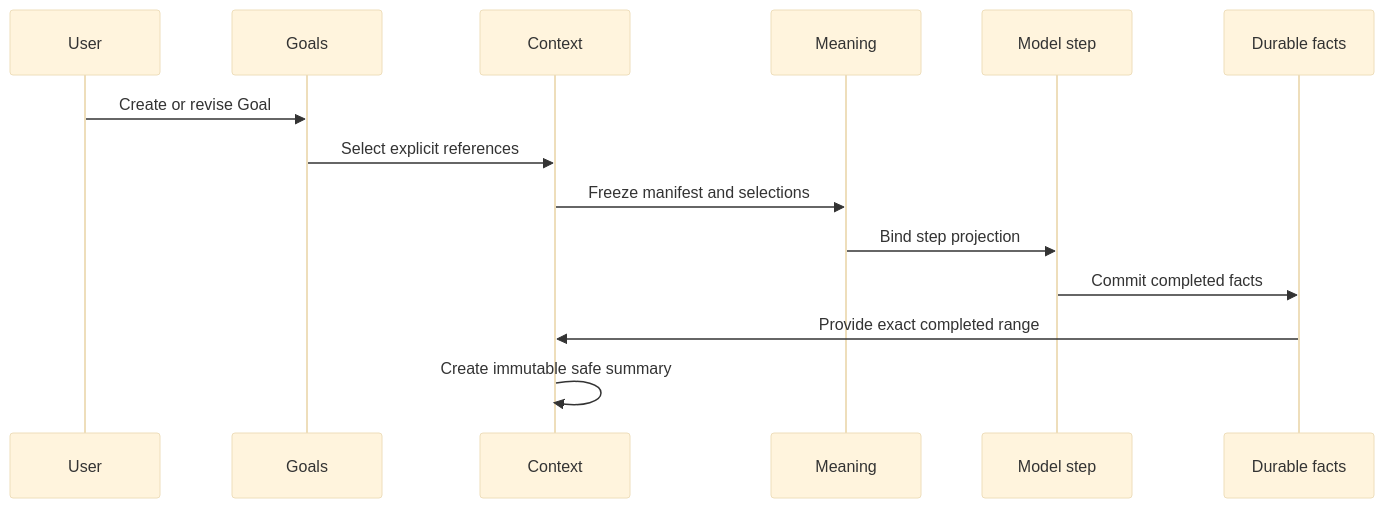
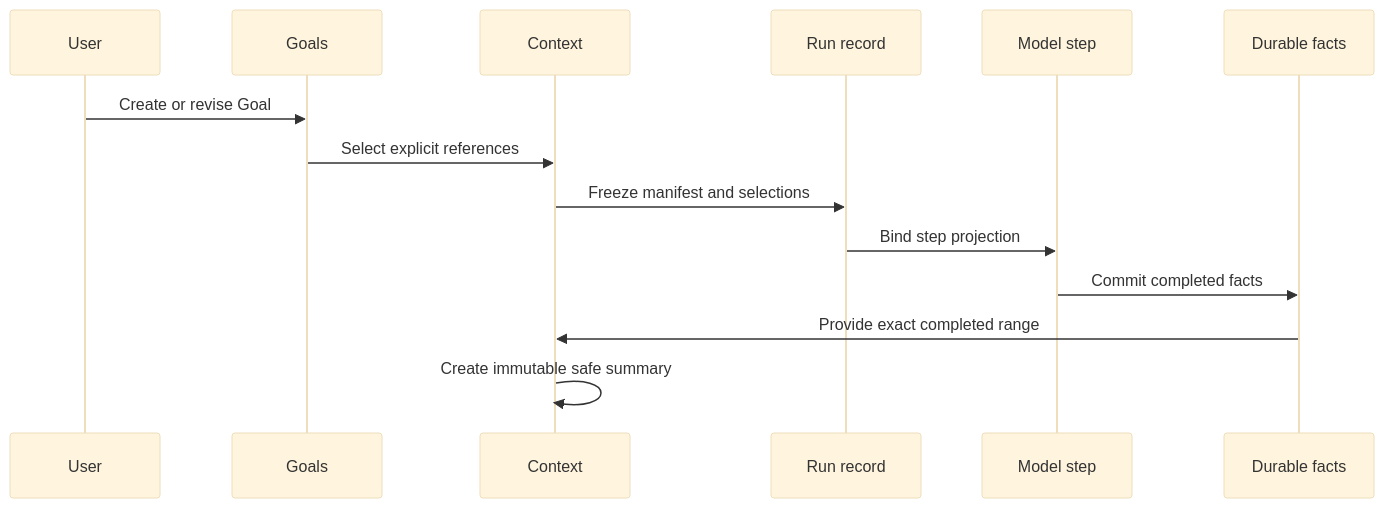
One commit to y0tsy/intention-relay changed the diagram in docs/intention-relay/architecture/21-goals-skills-context-memory-and-compaction.md. Above: the diagram before and after it, drawn with Mermaid (base theme). The commit also changed other lines of this file and 288 other files, not shown here.

````diff
--- a/docs/intention-relay/architecture/21-goals-skills-context-memory-and-compaction.md
+++ b/docs/intention-relay/architecture/21-goals-skills-context-memory-and-compaction.md
@@ -319,17 +315,17 @@
 ```mermaid
 sequenceDiagram
   participant U as User
   participant G as Goals
   participant C as Context
-  participant M as Meaning
+  participant R as Run record
   participant S as Model step
   participant F as Durable facts
 
   U->>G: Create or revise Goal
   G->>C: Select explicit references
-  C->>M: Freeze manifest and selections
-  M->>S: Bind step projection
+  C->>R: Freeze manifest and selections
+  R->>S: Bind step projection
   S->>F: Commit completed facts
   F->>C: Provide exact completed range
   C->>C: Create immutable safe summary
 ```
````
